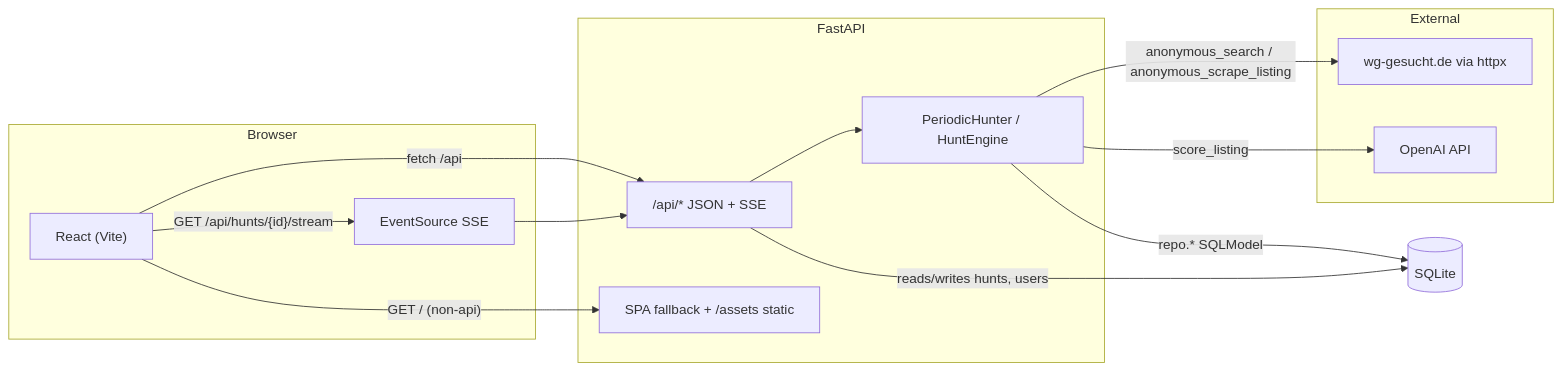
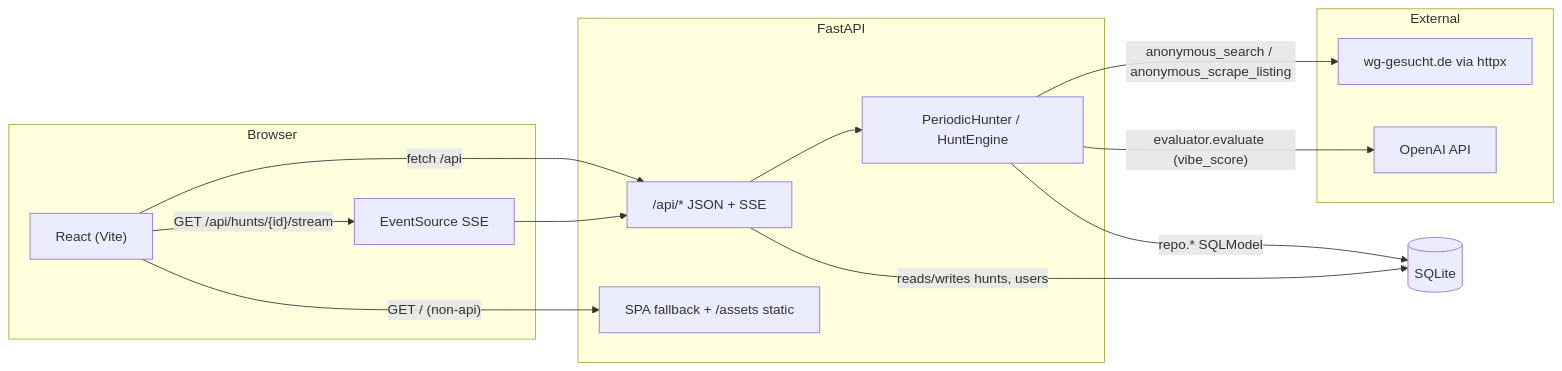
The first of 2 diagrams in docs/ARCHITECTURE.md (v-ya-ch-e/tumai-makeathon-2026), drawn with Mermaid before and after one commit. The commit also changed other lines of this file and 11 other files, not shown here.

````diff
--- a/docs/ARCHITECTURE.md
+++ b/docs/ARCHITECTURE.md
@@ -7,26 +7,26 @@
 ```mermaid
 flowchart LR
   subgraph client [Browser]
     React["React (Vite)"]
     ES[EventSource SSE]
   end
   subgraph server [FastAPI]
     API["/api/* JSON + SSE"]
     SPA["SPA fallback + /assets static"]
     PH[PeriodicHunter / HuntEngine]
   end
   subgraph external [External]
     WG["wg-gesucht.de via httpx"]
     OAI["OpenAI API"]
   end
   DB[(SQLite)]
   React -->|"fetch /api"| API
   React -->|"GET /api/hunts/{id}/stream"| ES
   ES --> API
   API --> PH
   PH -->|"anonymous_search / anonymous_scrape_listing"| WG
-  PH -->|"score_listing"| OAI
+  PH -->|"evaluator.evaluate (vibe_score)"| OAI
   PH -->|"repo.* SQLModel"| DB
   API -->|"reads/writes hunts, users"| DB
   React -->|"GET / (non-api)"| SPA
 ```
````
